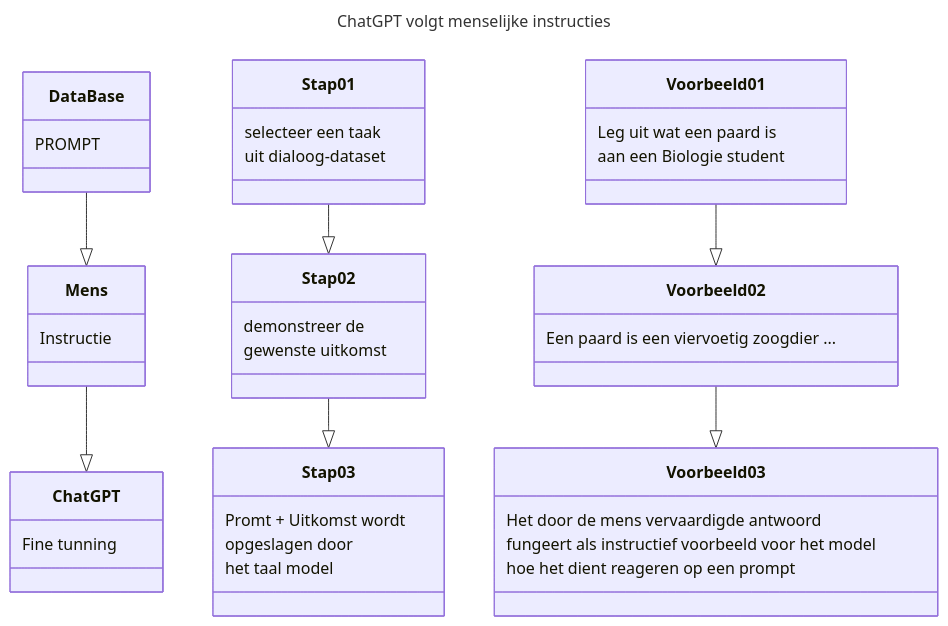
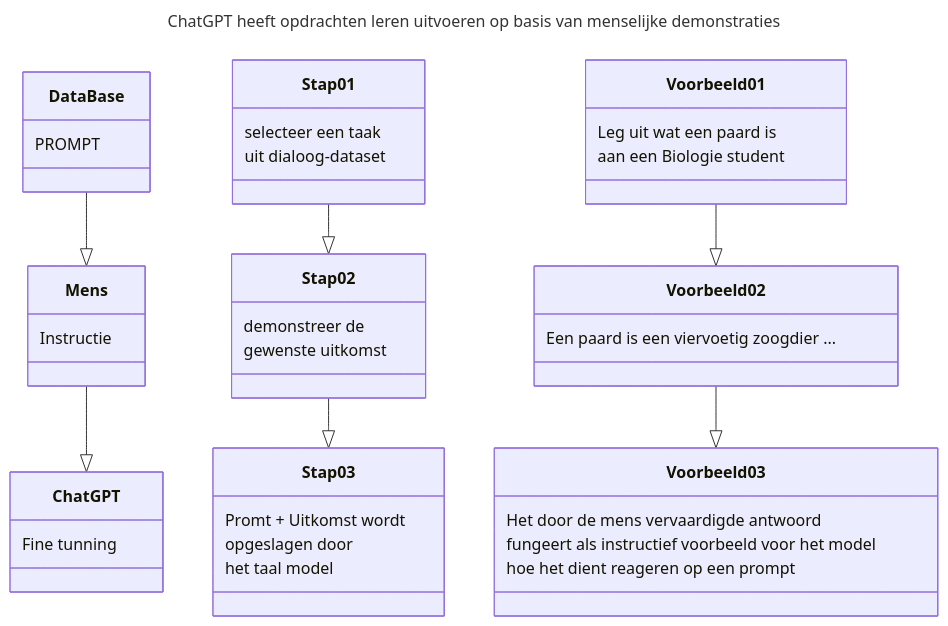
One commit to robvdw/AI-s-NEW-FRONTIER--Chat-GPT changed the diagram in README.md. Above: the diagram before and after it, drawn with Mermaid. The commit also changed other lines of this file, not shown here.

````diff
--- a/README.md
+++ b/README.md
@@ -109,28 +107,28 @@
 ```mermaid
 ---
-title: [ChatGPT volgt menselijke instructies]
+title: [ChatGPT heeft opdrachten leren uitvoeren op basis van  menselijke demonstraties]
 ---
 classDiagram
 DataBase --|> Mens
 DataBase : PROMPT
 Mens --|> ChatGPT
 Mens : Instructie
 ChatGPT : Fine tunning
 Stap01  --|> Stap02
 Stap01 : selecteer een taak
 Stap01 : uit dialoog-dataset
 Stap02 : demonstreer de 
 Stap02 : gewenste uitkomst
 Stap02 --|> Stap03
 Stap03 : Promt + Uitkomst wordt
 Stap03 : opgeslagen door
 Stap03 : het taal model
 Voorbeeld01 --|> Voorbeeld02
 Voorbeeld02 --|> Voorbeeld03
 Voorbeeld01 : Leg uit wat een paard is
 Voorbeeld01 : aan een Biologie student
 Voorbeeld02 : Een paard is een viervoetig zoogdier ...
 Voorbeeld03 : Het door de mens vervaardigde antwoord
 Voorbeeld03 : fungeert als instructief voorbeeld  voor het model
 Voorbeeld03 : hoe het dient reageren op een prompt
 ```
````
